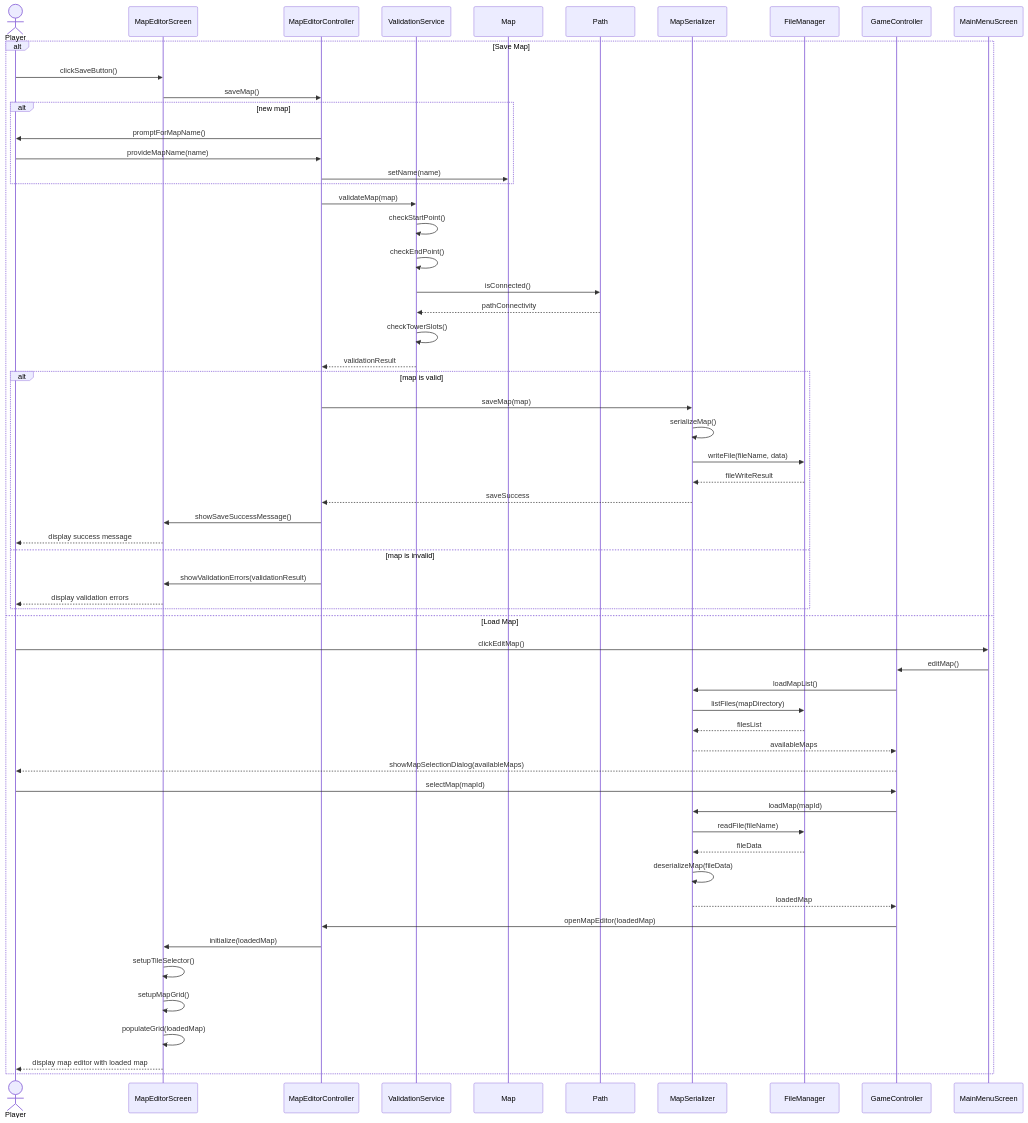
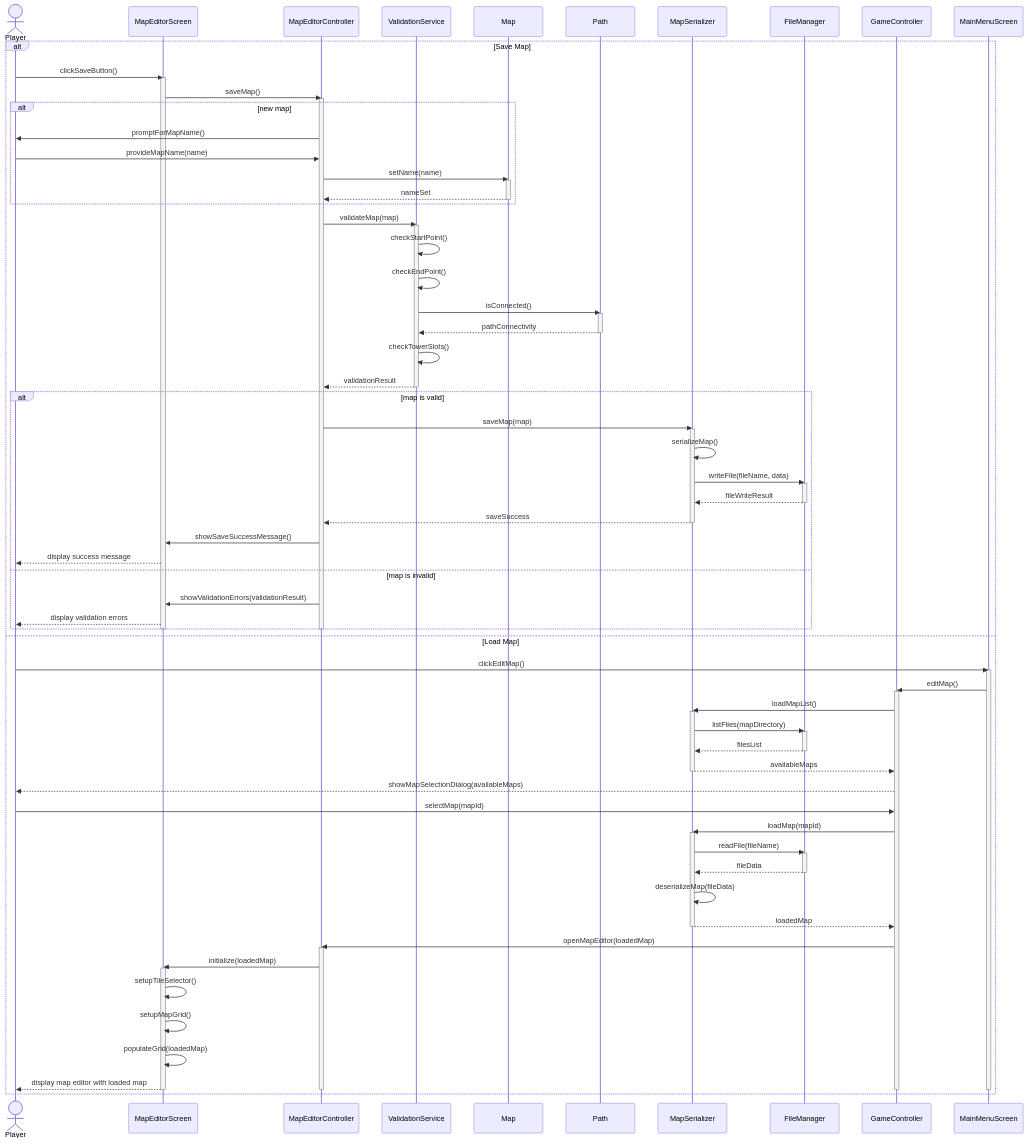
Before and after one commit to EYErbil/KuTowerDefense: the diagram in D1-artifacts/sequence_diagrams/SD_SaveLoadMap.md, drawn with Mermaid. The commit also changed 10 other files, not shown here.

Commit message:
ADD : execution specification for sequence diagrams

````diff
--- a/D1-artifacts/sequence_diagrams/SD_SaveLoadMap.md
+++ b/D1-artifacts/sequence_diagrams/SD_SaveLoadMap.md
@@ -15,55 +15,86 @@
 
     alt Save Map
         Player->>MapEditorScreen: clickSaveButton()
+        activate MapEditorScreen
         MapEditorScreen->>MapEditorController: saveMap()
+        activate MapEditorController
         
         alt new map
             MapEditorController->>Player: promptForMapName()
             Player->>MapEditorController: provideMapName(name)
             MapEditorController->>Map: setName(name)
+            activate Map
+            Map-->>MapEditorController: nameSet
+            deactivate Map
         end
         
         MapEditorController->>ValidationService: validateMap(map)
+        activate ValidationService
         ValidationService->>ValidationService: checkStartPoint()
         ValidationService->>ValidationService: checkEndPoint()
         ValidationService->>Path: isConnected()
+        activate Path
         Path-->>ValidationService: pathConnectivity
+        deactivate Path
         ValidationService->>ValidationService: checkTowerSlots()
         ValidationService-->>MapEditorController: validationResult
+        deactivate ValidationService
         
         alt map is valid
             MapEditorController->>MapSerializer: saveMap(map)
+            activate MapSerializer
             MapSerializer->>MapSerializer: serializeMap()
             MapSerializer->>FileManager: writeFile(fileName, data)
+            activate FileManager
             FileManager-->>MapSerializer: fileWriteResult
+            deactivate FileManager
             MapSerializer-->>MapEditorController: saveSuccess
+            deactivate MapSerializer
             MapEditorController->>MapEditorScreen: showSaveSuccessMessage()
             MapEditorScreen-->>Player: display success message
         else map is invalid
             MapEditorController->>MapEditorScreen: showValidationErrors(validationResult)
             MapEditorScreen-->>Player: display validation errors
         end
+        deactivate MapEditorController
+        deactivate MapEditorScreen
     else Load Map
         Player->>MainMenuScreen: clickEditMap()
+        activate MainMenuScreen
         MainMenuScreen->>GameController: editMap()
+        activate GameController
         GameController->>MapSerializer: loadMapList()
+        activate MapSerializer
         MapSerializer->>FileManager: listFiles(mapDirectory)
+        activate FileManager
         FileManager-->>MapSerializer: filesList
+        deactivate FileManager
         MapSerializer-->>GameController: availableMaps
+        deactivate MapSerializer
         GameController-->>Player: showMapSelectionDialog(availableMaps)
         
         Player->>GameController: selectMap(mapId)
         GameController->>MapSerializer: loadMap(mapId)
+        activate MapSerializer
         MapSerializer->>FileManager: readFile(fileName)
+        activate FileManager
         FileManager-->>MapSerializer: fileData
+        deactivate FileManager
         MapSerializer->>MapSerializer: deserializeMap(fileData)
         MapSerializer-->>GameController: loadedMap
+        deactivate MapSerializer
         
         GameController->>MapEditorController: openMapEditor(loadedMap)
+        activate MapEditorController
         MapEditorController->>MapEditorScreen: initialize(loadedMap)
+        activate MapEditorScreen
         MapEditorScreen->>MapEditorScreen: setupTileSelector()
         MapEditorScreen->>MapEditorScreen: setupMapGrid()
         MapEditorScreen->>MapEditorScreen: populateGrid(loadedMap)
         MapEditorScreen-->>Player: display map editor with loaded map
+        deactivate MapEditorScreen
+        deactivate MapEditorController
+        deactivate GameController
+        deactivate MainMenuScreen
     end
 ``` 
````
